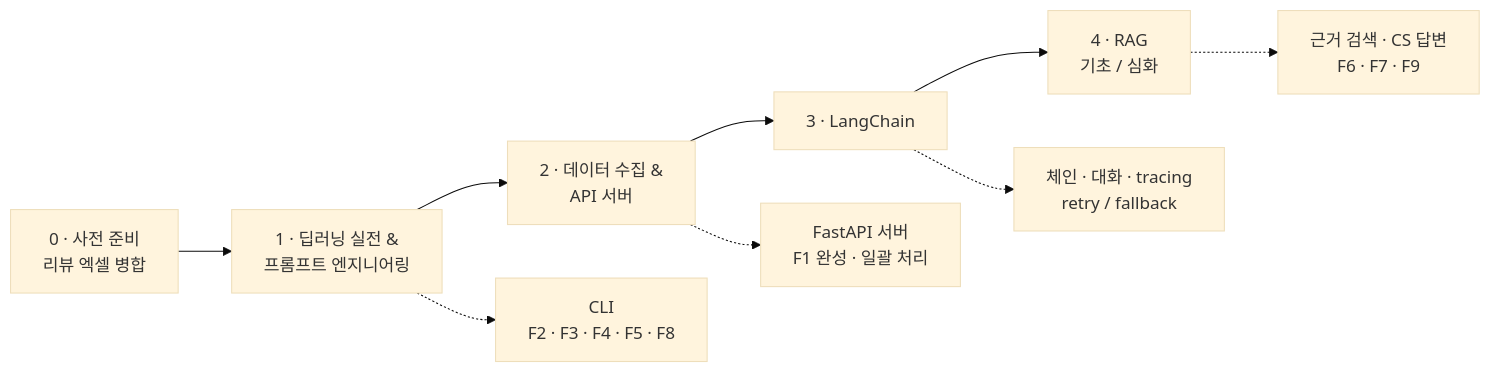
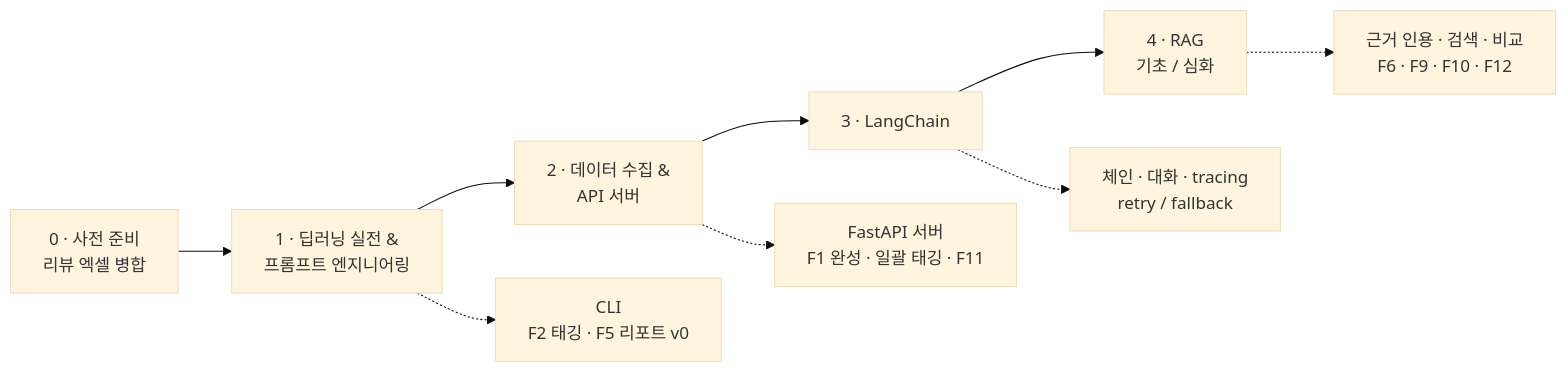
Before and after one commit to ho-yu/seller-lens: the diagram in README.md, drawn with Mermaid (base theme). The commit also changed other lines of this file and 6 other files, not shown here.

````diff
--- a/README.md
+++ b/README.md
@@ -40,12 +39,12 @@
 ```mermaid
 flowchart LR
     S0["0 · 사전 준비<br/>리뷰 엑셀 병합"] --> C1["1 · 딥러닝 실전 &<br/>프롬프트 엔지니어링"]
     C1 --> C2["2 · 데이터 수집 &<br/>API 서버"]
     C2 --> C3["3 · LangChain"]
     C3 --> C4["4 · RAG<br/>기초 / 심화"]
 
-    C1 -.-> M1["CLI<br/>F2 · F3 · F4 · F5 · F8"]
-    C2 -.-> M2["FastAPI 서버<br/>F1 완성 · 일괄 처리"]
+    C1 -.-> M1["CLI<br/>F2 태깅 · F5 리포트 v0"]
+    C2 -.-> M2["FastAPI 서버<br/>F1 완성 · 일괄 태깅 · F11"]
     C3 -.-> M3["체인 · 대화 · tracing<br/>retry / fallback"]
-    C4 -.-> M4["근거 검색 · CS 답변<br/>F6 · F7 · F9"]
+    C4 -.-> M4["근거 인용 · 검색 · 비교<br/>F6 · F9 · F10 · F12"]
 ```
````
